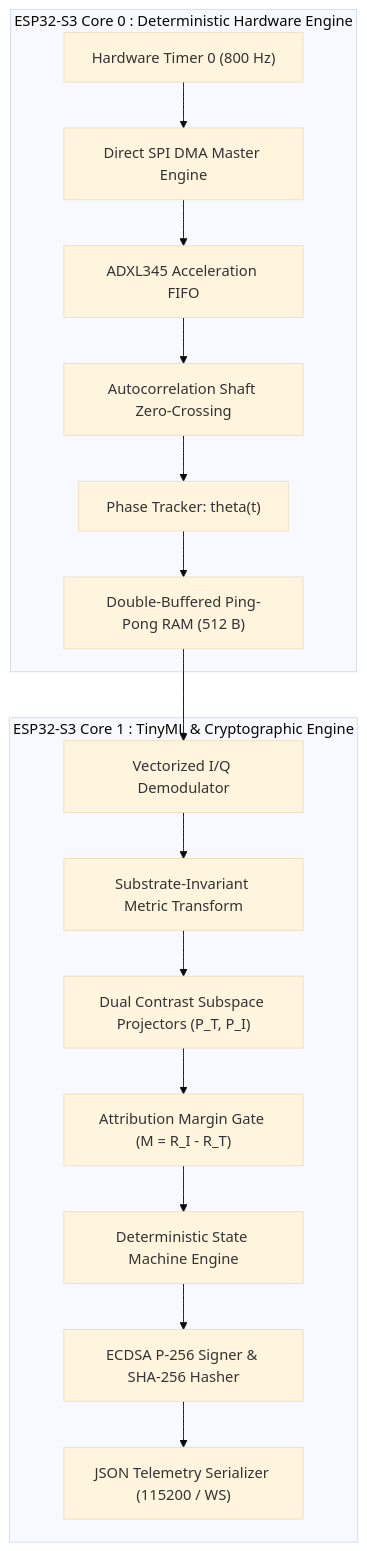
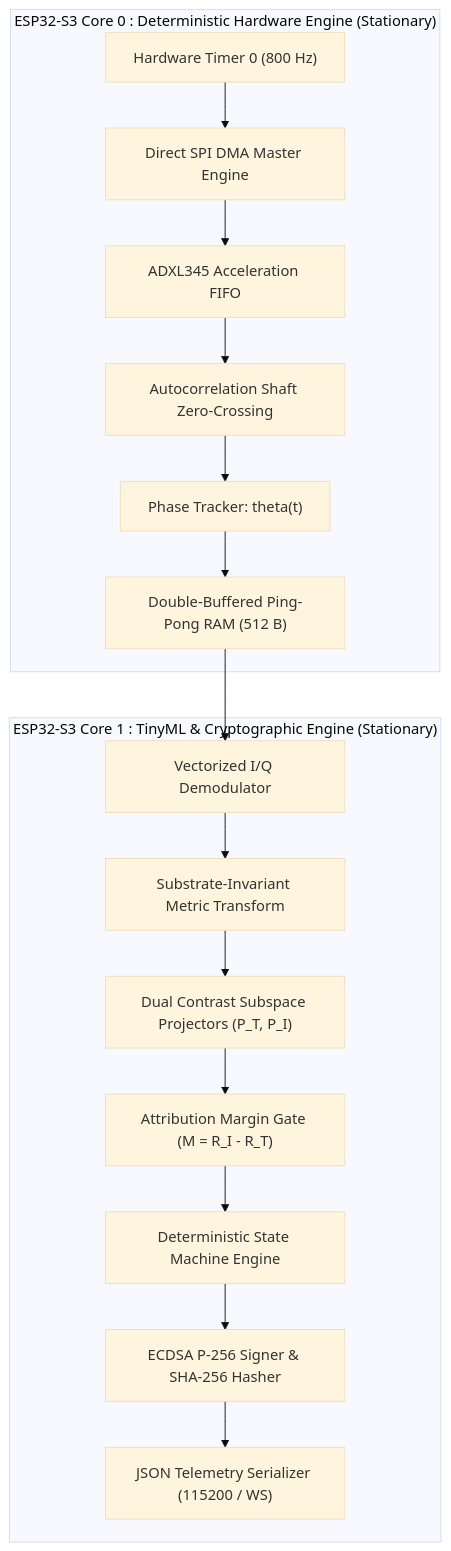
The third of 5 diagrams in 03_CONCEPT_PORTFOLIO/VibeGuard/04_PreBuild_Simulation/VIBEGUARD_PHASE2_PATENT_UPGRADATION_JOURNAL_2026.md (wolf-eye0/ORGANISED-MC-PROJECT-FOLDER), drawn with Mermaid (base theme) before and after one commit. The commit also changed other lines of this file and 2 other files, not shown here.

````diff
--- a/03_CONCEPT_PORTFOLIO/VibeGuard/04_PreBuild_Simulation/VIBEGUARD_PHASE2_PATENT_UPGRADATION_JOURNAL_2026.md
+++ b/03_CONCEPT_PORTFOLIO/VibeGuard/04_PreBuild_Simulation/VIBEGUARD_PHASE2_PATENT_UPGRADATION_JOURNAL_2026.md
@@ -201,19 +374,19 @@
 ```mermaid
 graph TB
-    subgraph ESP32_Core0 ["ESP32-S3 Core 0 : Deterministic Hardware Engine"]
+    subgraph ESP32_Core0 ["ESP32-S3 Core 0 : Deterministic Hardware Engine (Stationary)"]
         T0["Hardware Timer 0 (800 Hz)"] --> SPI["Direct SPI DMA Master Engine"]
         SPI --> ACC["ADXL345 Acceleration FIFO"]
         ACC --> ZC["Autocorrelation Shaft Zero-Crossing"]
         ZC --> PH["Phase Tracker: theta(t)"]
         PH --> DBUFF["Double-Buffered Ping-Pong RAM (512 B)"]
     end
-    subgraph ESP32_Core1 ["ESP32-S3 Core 1 : TinyML & Cryptographic Engine"]
+    subgraph ESP32_Core1 ["ESP32-S3 Core 1 : TinyML & Cryptographic Engine (Stationary)"]
         DBUFF --> IQ["Vectorized I/Q Demodulator"]
         IQ --> SUB["Substrate-Invariant Metric Transform"]
         SUB --> PROJ["Dual Contrast Subspace Projectors (P_T, P_I)"]
         PROJ --> MARG["Attribution Margin Gate (M = R_I - R_T)"]
         MARG --> STAT["Deterministic State Machine Engine"]
         STAT --> CRYPT["ECDSA P-256 Signer & SHA-256 Hasher"]
         CRYPT --> SER["JSON Telemetry Serializer (115200 / WS)"]
     end
 ```
````
